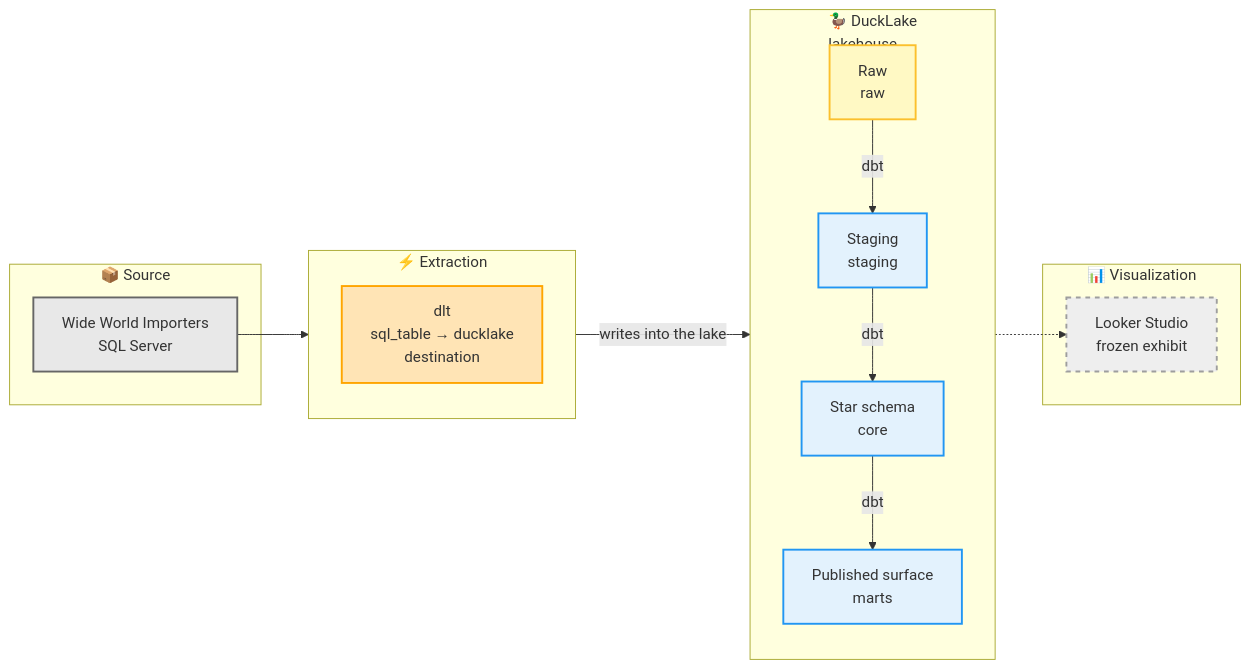
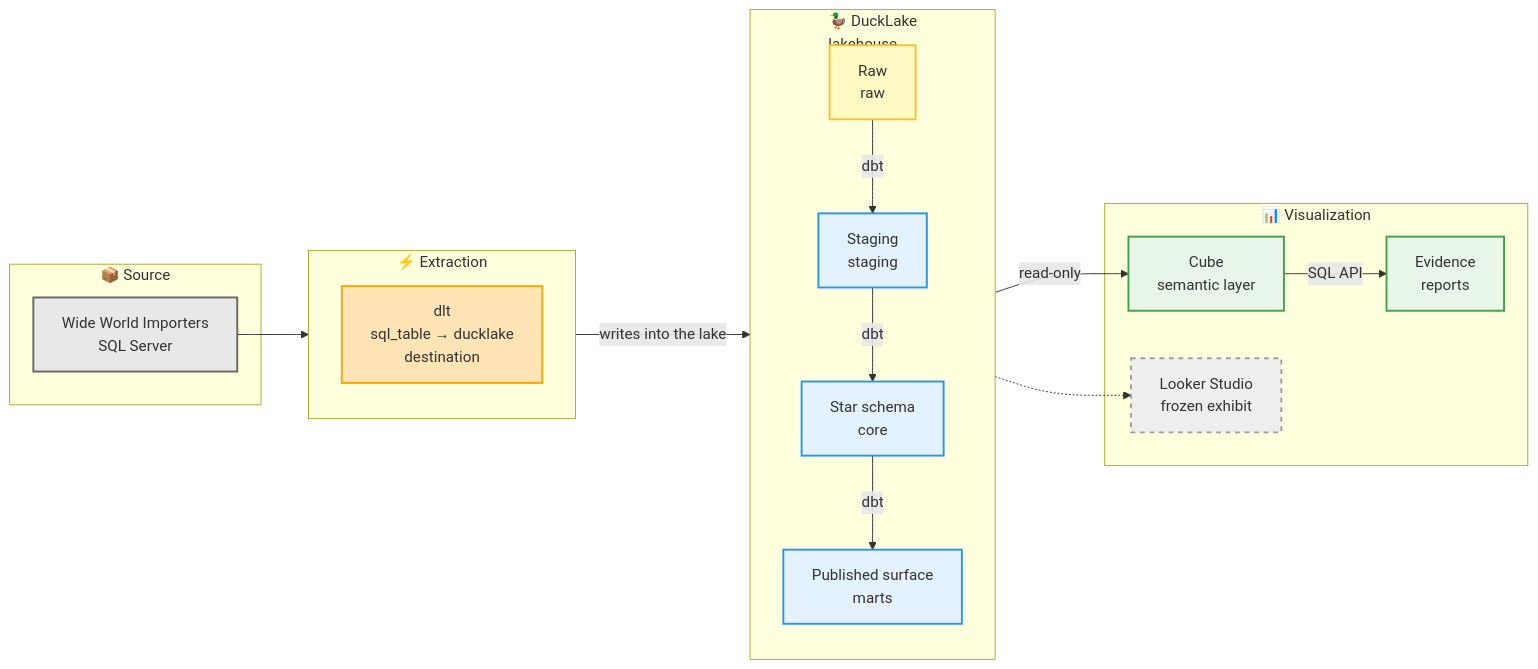
One commit to plat102/pj-dw-wide-world-importers changed the diagram in README.md. Above: the diagram before and after it, drawn with Mermaid. The commit also changed other lines of this file and 20 other files, not shown here.

First line of the commit message:
✨ feat(bi): add a cube semantic layer and evidence reports over the star

````diff
--- a/README.md
+++ b/README.md
@@ -47,39 +53,45 @@
 ```mermaid
 flowchart LR
     subgraph source["📦 Source"]
         OLTP[Wide World Importers<br/>SQL Server]
     end
 
     subgraph ingest["⚡ Extraction"]
         direction TB
         DLT[dlt<br/>sql_table → ducklake<br/>destination]
     end
 
     subgraph dwh["🦆 DuckLake<br>lakehouse"]
         direction TB
         RAW[Raw<br/>raw]
         STG[Staging<br/>staging]
         CORE[Star schema<br/>core]
         MART[Published surface<br/>marts]
 
         STG -->|dbt| CORE
         CORE -->|dbt| MART
     end
 
     subgraph bi["📊 Visualization"]
+        CUBE[Cube<br/>semantic layer]
+        EV[Evidence<br/>reports]
         LOOKER[Looker Studio<br/>frozen exhibit]
     end
 
     OLTP --> DLT
     DLT -->|writes into the lake| RAW
     RAW -->|dbt| STG
+    CORE -->|read-only| CUBE
+    CUBE -->|SQL API| EV
     MART -.-> LOOKER
 
     style OLTP fill:#E8E8E8,stroke:#666,stroke-width:2px,color:#333
     style DLT fill:#FFE4B5,stroke:#FFA500,stroke-width:2px,color:#333
     style RAW fill:#FFF9C4,stroke:#FBC02D,stroke-width:2px,color:#333
     style STG fill:#E3F2FD,stroke:#2196F3,stroke-width:2px,color:#333
     style CORE fill:#E3F2FD,stroke:#2196F3,stroke-width:2px,color:#333
     style MART fill:#E3F2FD,stroke:#2196F3,stroke-width:2px,color:#333
+    style CUBE fill:#E8F5E9,stroke:#43A047,stroke-width:2px,color:#333
+    style EV fill:#E8F5E9,stroke:#43A047,stroke-width:2px,color:#333
     style LOOKER fill:#EEEEEE,stroke:#9E9E9E,stroke-width:2px,stroke-dasharray: 5 5,color:#333
 ```
````
